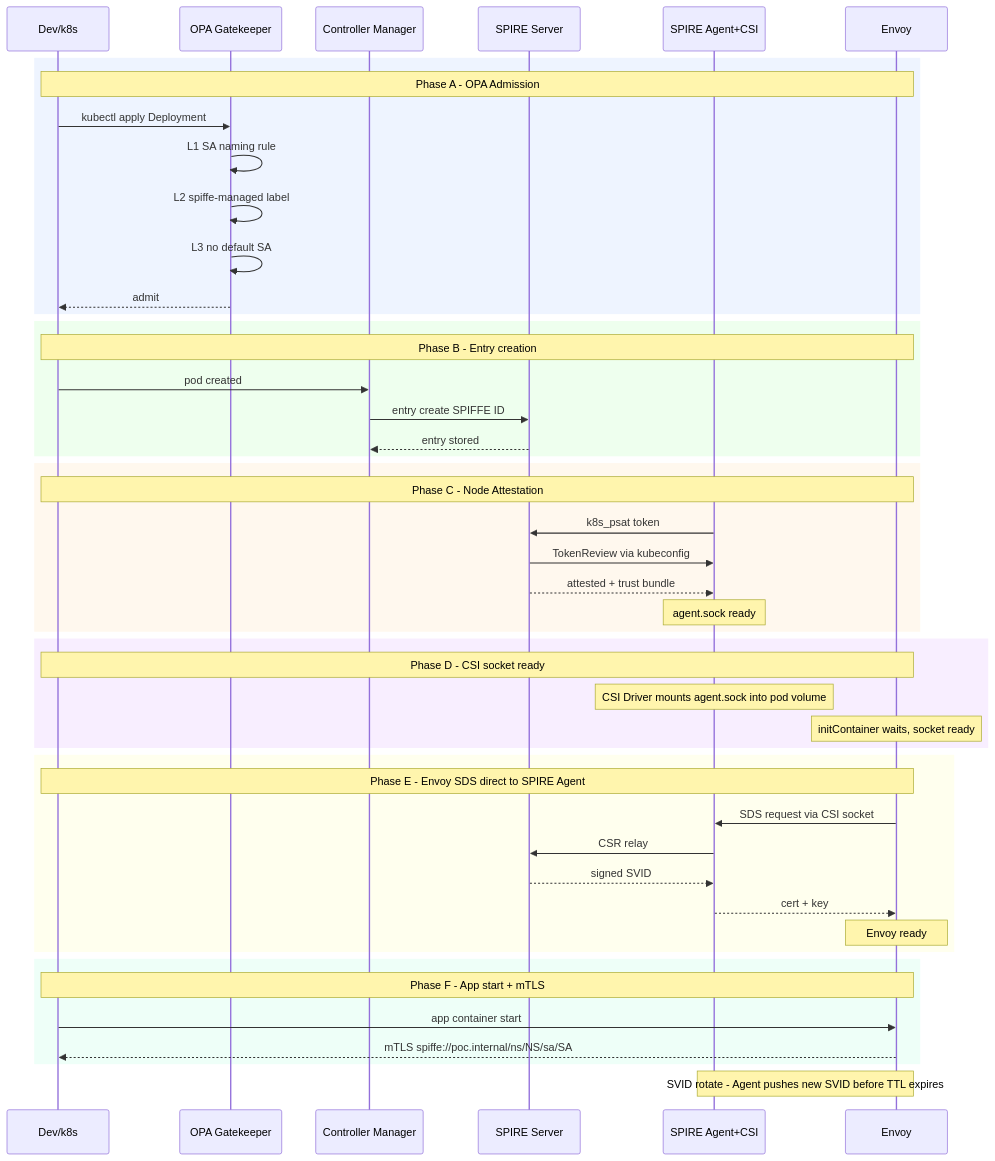
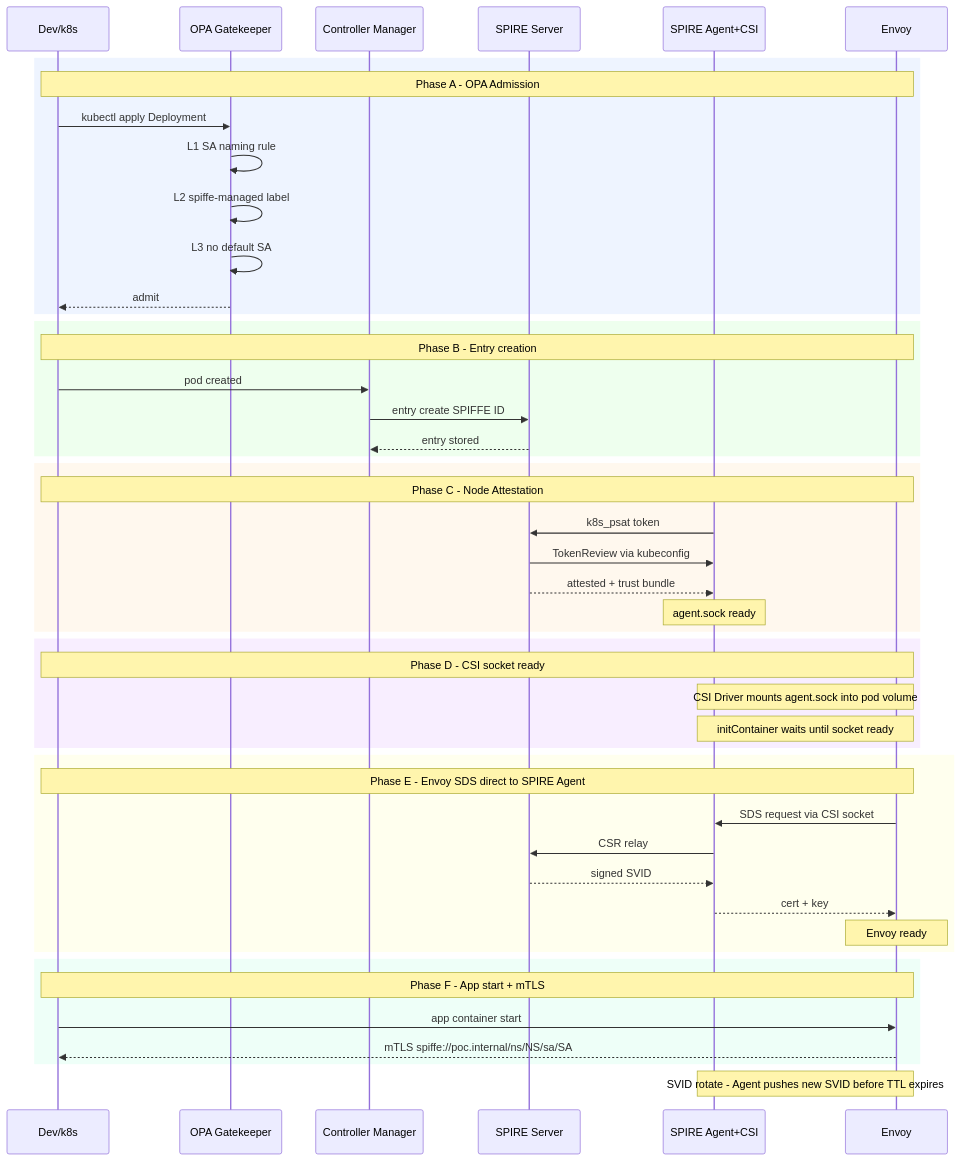
One commit to benchen149/kind-spire-istio-poc changed the diagram in docs/spire-istio-poc-summary.md. Above: the diagram before and after it, drawn with Mermaid.

Commit message:
docs: fix Phase D Note overflow by spanning SA,EN columns

````diff
--- a/docs/spire-istio-poc-summary.md
+++ b/docs/spire-istio-poc-summary.md
@@ -99,56 +99,56 @@
 ```mermaid
 sequenceDiagram
     participant Dev as Dev/k8s
     participant OPA as OPA Gatekeeper
     participant CM  as Controller Manager
     participant SS  as SPIRE Server
     participant SA  as SPIRE Agent+CSI
     participant EN  as Envoy
 
     rect rgb(238, 244, 255)
         Note over Dev,EN: Phase A - OPA Admission
         Dev->>OPA: kubectl apply Deployment
         OPA->>OPA: L1 SA naming rule
         OPA->>OPA: L2 spiffe-managed label
         OPA->>OPA: L3 no default SA
         OPA-->>Dev: admit
     end
 
     rect rgb(238, 255, 238)
         Note over Dev,EN: Phase B - Entry creation
         Dev->>CM: pod created
         CM->>SS: entry create SPIFFE ID
         SS-->>CM: entry stored
     end
 
     rect rgb(255, 248, 238)
         Note over Dev,EN: Phase C - Node Attestation
         SA->>SS: k8s_psat token
         SS->>SA: TokenReview via kubeconfig
         SS-->>SA: attested + trust bundle
         Note over SA: agent.sock ready
     end
 
     rect rgb(248, 238, 255)
         Note over Dev,EN: Phase D - CSI socket ready
-        Note over SA: CSI Driver mounts agent.sock into pod volume
-        Note over EN: initContainer waits, socket ready
+        Note over SA,EN: CSI Driver mounts agent.sock into pod volume
+        Note over SA,EN: initContainer waits until socket ready
     end
 
     rect rgb(255, 255, 238)
         Note over Dev,EN: Phase E - Envoy SDS direct to SPIRE Agent
         EN->>SA: SDS request via CSI socket
         SA->>SS: CSR relay
         SS-->>SA: signed SVID
         SA-->>EN: cert + key
         Note over EN: Envoy ready
     end
 
     rect rgb(238, 255, 248)
         Note over Dev,EN: Phase F - App start + mTLS
         Dev->>EN: app container start
         EN-->>Dev: mTLS spiffe://poc.internal/ns/NS/sa/SA
     end
 
     Note over SA,EN: SVID rotate - Agent pushes new SVID before TTL expires
 ```
````
